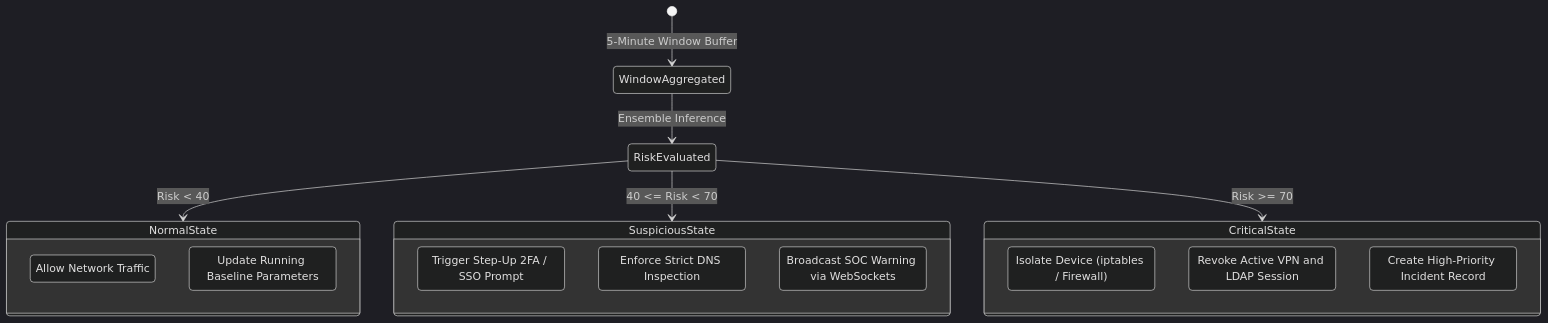
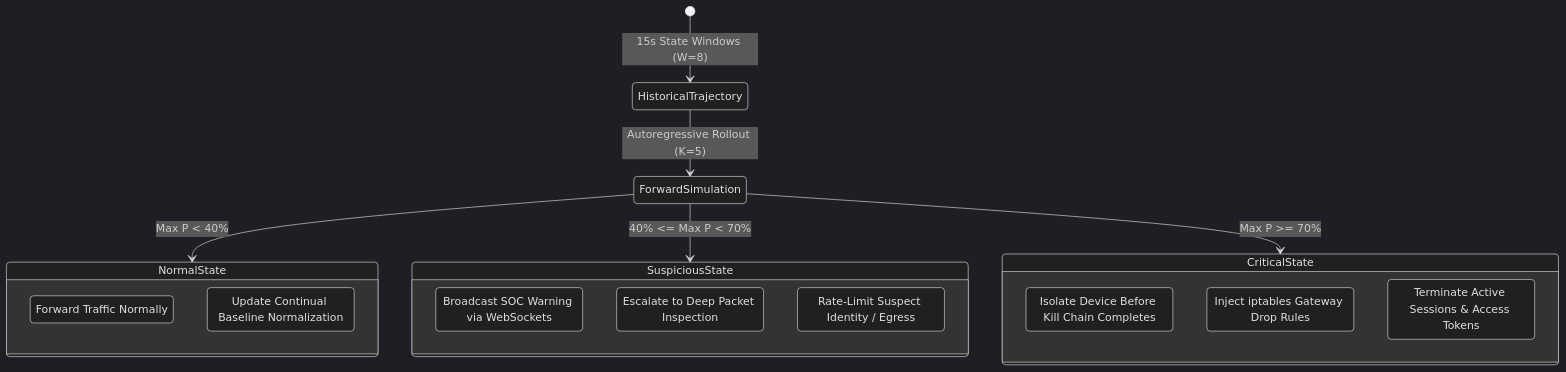
The second of 2 diagrams in WORKFLOW.md (dtg-lucifer/veritas), drawn with Mermaid (dark theme) before and after one commit. The commit also changed other lines of this file and 44 other files, not shown here.

Commit message:
migration: from v1 to v2 using world model architecture to forecast possibilities using probability distribution

````diff
--- a/WORKFLOW.md
+++ b/WORKFLOW.md
@@ -186,26 +218,26 @@
 ```mermaid
 stateDiagram-v2
-    [*] --> WindowAggregated: 5-Minute Window Buffer
-    WindowAggregated --> RiskEvaluated: Ensemble Inference
+    [*] --> HistoricalTrajectory: 15s State Windows (W=8)
+    HistoricalTrajectory --> ForwardSimulation: Autoregressive Rollout (K=5)
     
-    RiskEvaluated --> NormalState: Risk < 40
-    RiskEvaluated --> SuspiciousState: 40 <= Risk < 70
-    RiskEvaluated --> CriticalState: Risk >= 70
+    ForwardSimulation --> NormalState: Max P < 40%
+    ForwardSimulation --> SuspiciousState: 40% <= Max P < 70%
+    ForwardSimulation --> CriticalState: Max P >= 70%
     
     state NormalState {
-        ALLOW: Allow Network Traffic
-        UPDATE: Update Running Baseline Parameters
+        ALLOW: Forward Traffic Normally
+        UPDATE: Update Continual Baseline Normalization
     }
     
     state SuspiciousState {
-        MFA: Trigger Step-Up 2FA / SSO Prompt
-        DNS_FILTER: Enforce Strict DNS Inspection
         ALERT: Broadcast SOC Warning via WebSockets
+        DPI: Escalate to Deep Packet Inspection
+        THROTTLE: Rate-Limit Suspect Identity / Egress
     }
     
     state CriticalState {
-        ISOLATE: Isolate Device (iptables / Firewall)
-        REVOKE: Revoke Active VPN and LDAP Session
-        INCIDENT: Create High-Priority Incident Record
+        PRE_EMPTIVE_ISOLATE: Isolate Device Before Kill Chain Completes
+        DROP: Inject iptables Gateway Drop Rules
+        REVOKE: Terminate Active Sessions & Access Tokens
     }
 ```
````
